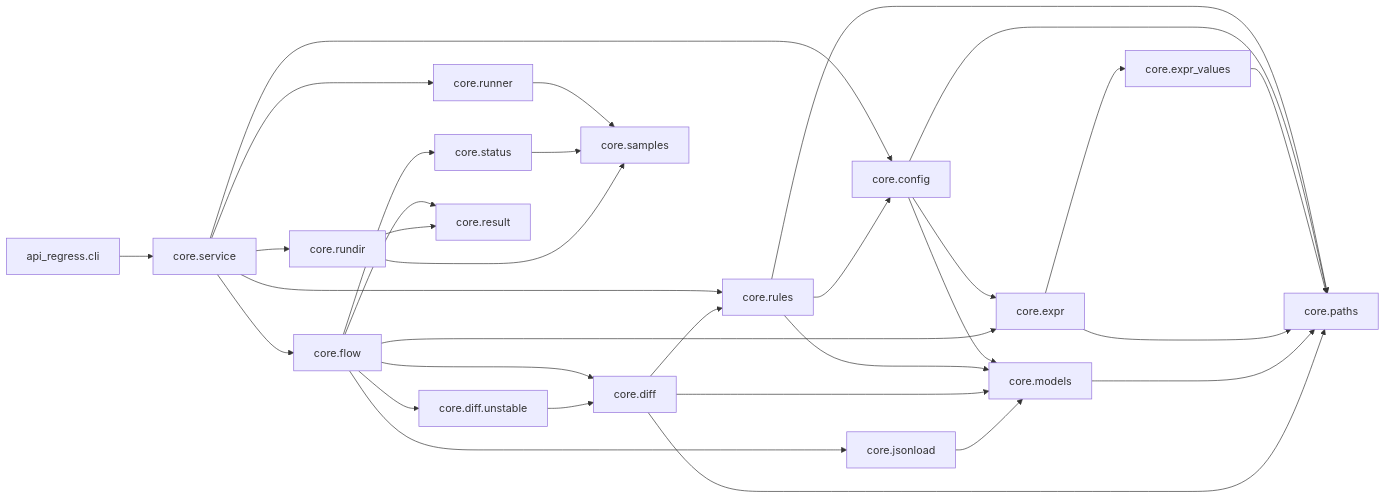
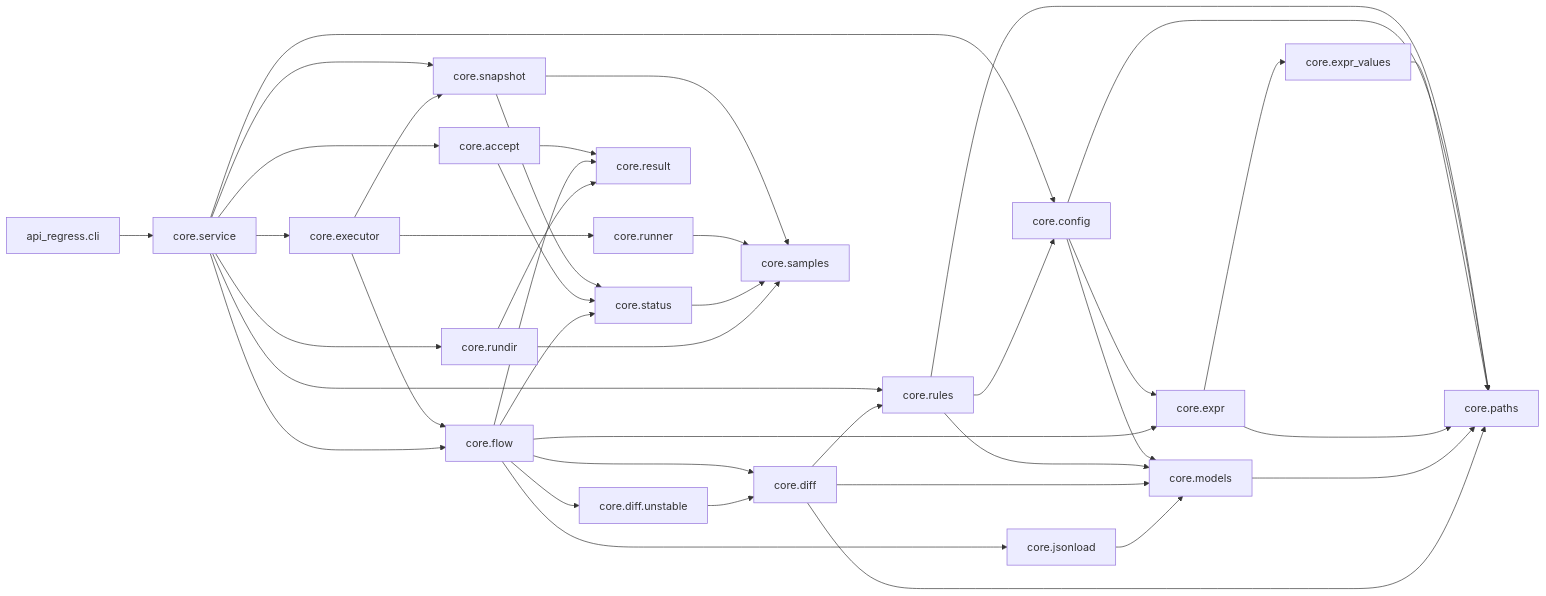
One commit to caiuswang/api-regress changed the first of 5 diagrams in doc/dev/architecture.md. Above: the diagram before and after it, drawn with Mermaid. The commit also changed other lines of this file and 23 other files, not shown here.

````diff
--- a/doc/dev/architecture.md
+++ b/doc/dev/architecture.md
@@ -8,34 +8,43 @@
 ```mermaid
 flowchart LR
   CLI[api_regress.cli] --> SVC[core.service]
   SVC --> CFG[core.config]
   SVC --> RULES[core.rules]
   RULES --> CFG
   RULES --> PATHS[core.paths]
   CFG --> PATHS
   CFG --> EXPR[core.expr]
   EXPR --> EXPRV[core.expr_values]
   EXPRV --> PATHS
   EXPR --> PATHS
   CFG --> MODELS[core.models]
   RULES --> MODELS
   MODELS --> PATHS
   DIFF[core.diff] --> RULES
   DIFF --> MODELS
   DIFF --> PATHS
   JSONLOAD[core.jsonload] --> MODELS
-  SVC --> RUNNER[core.runner]
-  SVC --> FLOW[core.flow]
+  SVC --> EXEC[core.executor]
+  EXEC --> RUNNER[core.runner]
+  EXEC --> FLOW[core.flow]
+  SVC --> FLOW
   SVC --> RUNDIR[core.rundir]
+  SVC --> SNAP[core.snapshot]
+  SVC --> ACCEPT[core.accept]
+  EXEC --> SNAP
+  SNAP --> SAMPLES
+  SNAP --> STATUS
+  ACCEPT --> RESULT
+  ACCEPT --> STATUS
   FLOW --> STATUS[core.status]
   FLOW --> DIFF
   FLOW --> UNSTABLE[core.diff.unstable]
   FLOW --> JSONLOAD
   FLOW --> EXPR
   FLOW --> RESULT[core.result]
   UNSTABLE --> DIFF
   RUNNER --> SAMPLES[core.samples]
   STATUS --> SAMPLES
   RUNDIR --> SAMPLES
   RUNDIR --> RESULT
 ```
````
